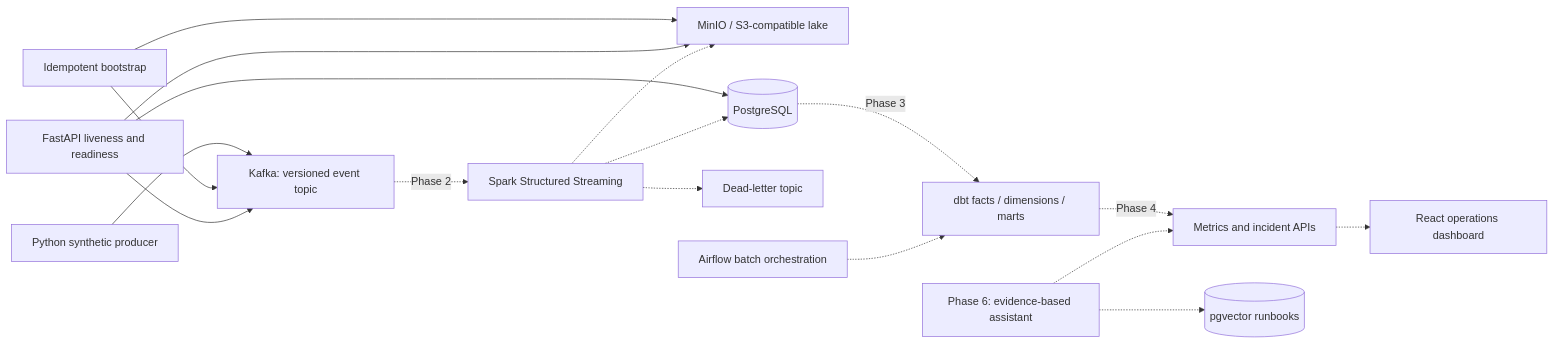
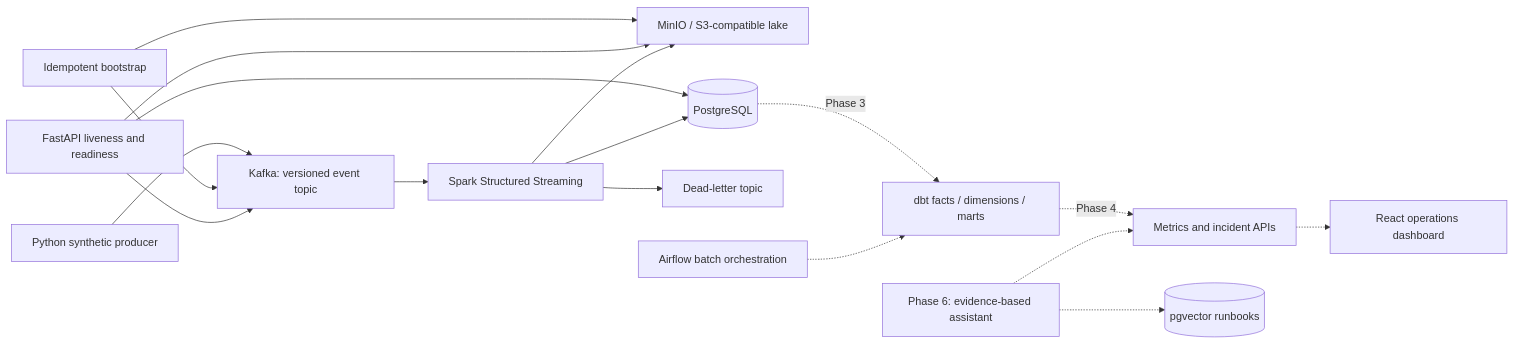
One commit to kanishk-sc/pulseforge changed the diagram in README.md. Above: the diagram before and after it, drawn with Mermaid. The commit also changed other lines of this file and 21 other files, not shown here.

Commit message:
feat(streaming): add resilient Spark event pipeline

````diff
--- a/README.md
+++ b/README.md
@@ -29,19 +31,19 @@
 ```mermaid
 flowchart LR
     P[Python synthetic producer] --> K[Kafka: versioned event topic]
     B[Idempotent bootstrap] --> K
     B --> L[MinIO / S3-compatible lake]
     A[FastAPI liveness and readiness] --> K
     A --> L
     A --> W[(PostgreSQL)]
-    K -. Phase 2 .-> S[Spark Structured Streaming]
-    S -.-> D[Dead-letter topic]
-    S -.-> L
-    S -.-> W
+    K --> S[Spark Structured Streaming]
+    S --> D[Dead-letter topic]
+    S --> L
+    S --> W
     W -. Phase 3 .-> DBT[dbt facts / dimensions / marts]
     AF[Airflow batch orchestration] -.-> DBT
     DBT -. Phase 4 .-> API[Metrics and incident APIs]
     API -.-> UI[React operations dashboard]
     RAG[Phase 6: evidence-based assistant] -.-> API
     RAG -.-> V[(pgvector runbooks)]
 ```
````
